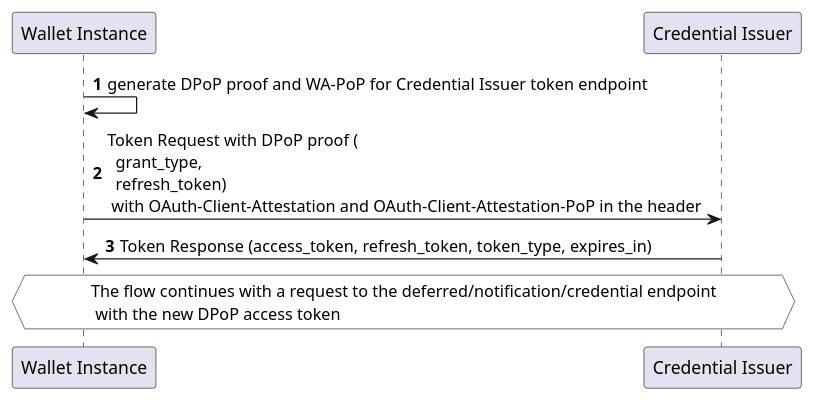
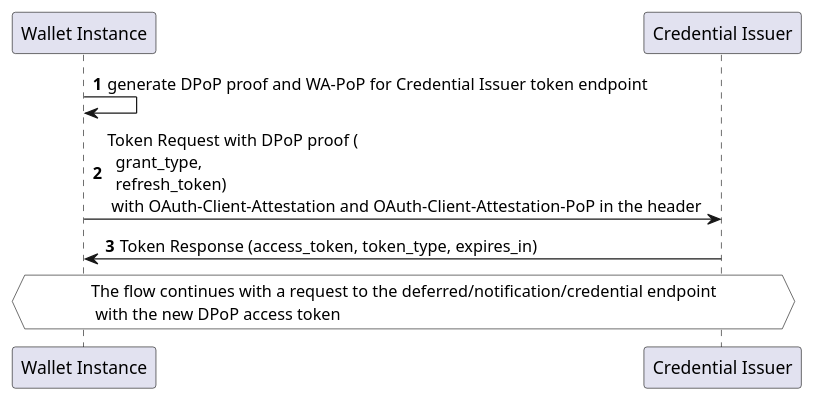
The diagram in docs/en/plantuml/refresh-token-flow.puml (italia/eid-wallet-it-docs), drawn with PlantUML before and after one commit. The commit also changed 7 other files, not shown here.

Commit message:
issuance (fix): refresh token clarification and alignments

```diff
--- a/docs/en/plantuml/refresh-token-flow.puml
+++ b/docs/en/plantuml/refresh-token-flow.puml
@@ -1,14 +1,14 @@
 @startuml Refresh Token Flow
 autonumber
 
 participant "Wallet Instance" as w
 participant "Credential Issuer" as i
 
 w -> w : generate DPoP proof and WA-PoP for Credential Issuer token endpoint
 
 w -> i : Token Request with DPoP proof (\n  grant_type,\n  refresh_token) \n with OAuth-Client-Attestation and OAuth-Client-Attestation-PoP in the header
 
-i -> w : Token Response (access_token, refresh_token, token_type, expires_in)
+i -> w : Token Response (access_token, token_type, expires_in)
 
 hnote across #WHITE: The flow continues with a request to the deferred/notification/credential endpoint\n with the new DPoP access token
 @enduml
```
